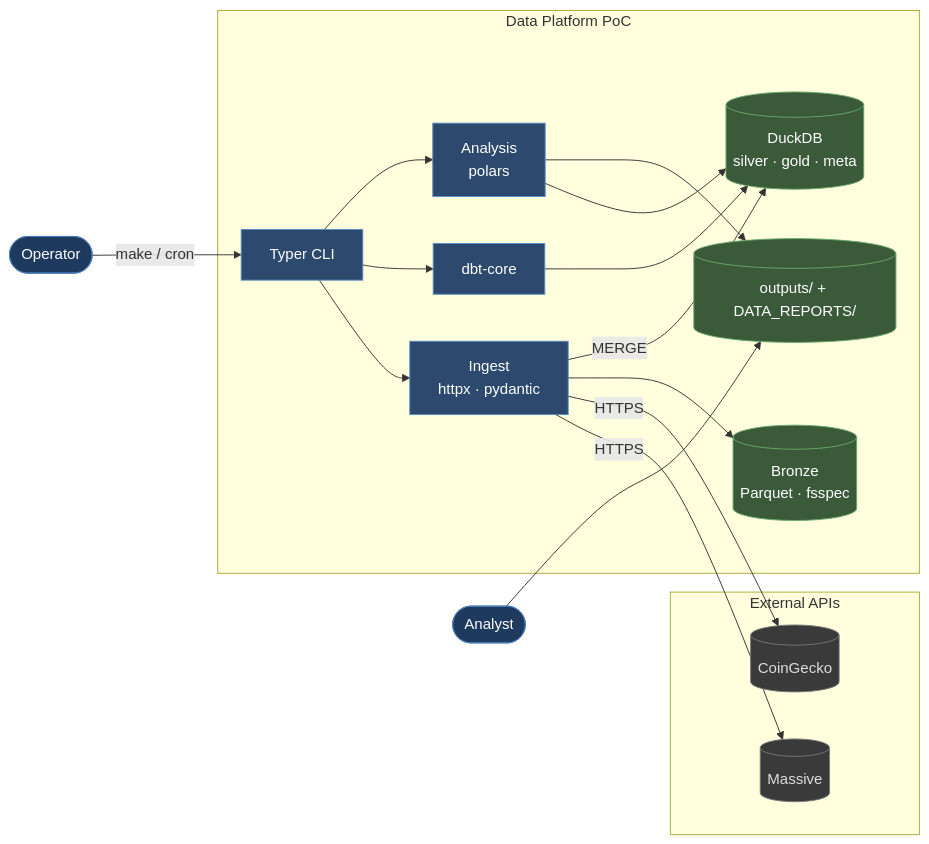
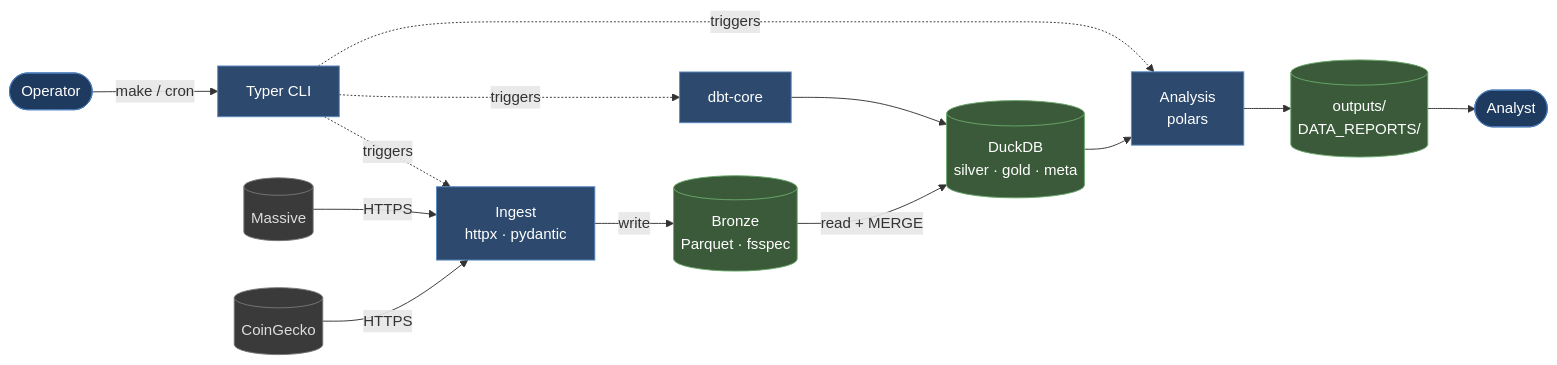
One commit to elysian-12/data-pipeline-poc changed the second of 4 diagrams in docs/architecture.md. Above: the diagram before and after it, drawn with Mermaid. The commit also changed other lines of this file and 14 other files, not shown here.

````diff
--- a/docs/architecture.md
+++ b/docs/architecture.md
@@ -36,42 +39,37 @@
 ```mermaid
 flowchart LR
     Operator([Operator])
+    CLI[Typer CLI]
+    Ingest[Ingest<br/>httpx · pydantic]
+    DBT[dbt-core]
+    Analysis[Analysis<br/>polars]
+    Massive[(Massive)]
+    CoinGecko[(CoinGecko)]
+    Bronze[(Bronze<br/>Parquet · fsspec)]
+    DuckDB[(DuckDB<br/>silver · gold · meta)]
+    Outputs[(outputs/<br/>DATA_REPORTS/)]
     Analyst([Analyst])
 
-    subgraph ext [External APIs]
-        Massive[(Massive)]
-        CoinGecko[(CoinGecko)]
-    end
+    Operator -->|make / cron| CLI
+    CLI -.triggers.-> Ingest
+    CLI -.triggers.-> DBT
+    CLI -.triggers.-> Analysis
 
-    subgraph poc [Data Platform PoC]
-        CLI[Typer CLI]
-        Ingest[Ingest<br/>httpx · pydantic]
-        Bronze[(Bronze<br/>Parquet · fsspec)]
-        DBT[dbt-core]
-        DuckDB[(DuckDB<br/>silver · gold · meta)]
-        Analysis[Analysis<br/>polars]
-        Outputs[(outputs/ + DATA_REPORTS/)]
-    end
-
-    Operator -->|make / cron| CLI
-    CLI --> Ingest
-    CLI --> DBT
-    CLI --> Analysis
-    Ingest -->|HTTPS| Massive
-    Ingest -->|HTTPS| CoinGecko
-    Ingest --> Bronze
-    Ingest -->|MERGE| DuckDB
+    Massive -->|HTTPS| Ingest
+    CoinGecko -->|HTTPS| Ingest
+    Ingest -->|write| Bronze
+    Bronze -->|read + MERGE| DuckDB
     DBT --> DuckDB
-    Analysis --> DuckDB
+    DuckDB --> Analysis
     Analysis --> Outputs
-    Analyst --> Outputs
+    Outputs --> Analyst
 
     classDef person fill:#1f3a5f,stroke:#4a7ab8,color:#fff
     classDef sys fill:#2d4a6e,stroke:#5a8bc4,color:#fff
     classDef store fill:#3a5a3a,stroke:#6aa86a,color:#fff
     classDef extcls fill:#3a3a3a,stroke:#777,color:#ddd
     class Operator,Analyst person
     class CLI,Ingest,DBT,Analysis sys
     class Bronze,DuckDB,Outputs store
     class Massive,CoinGecko extcls
 ```
````
